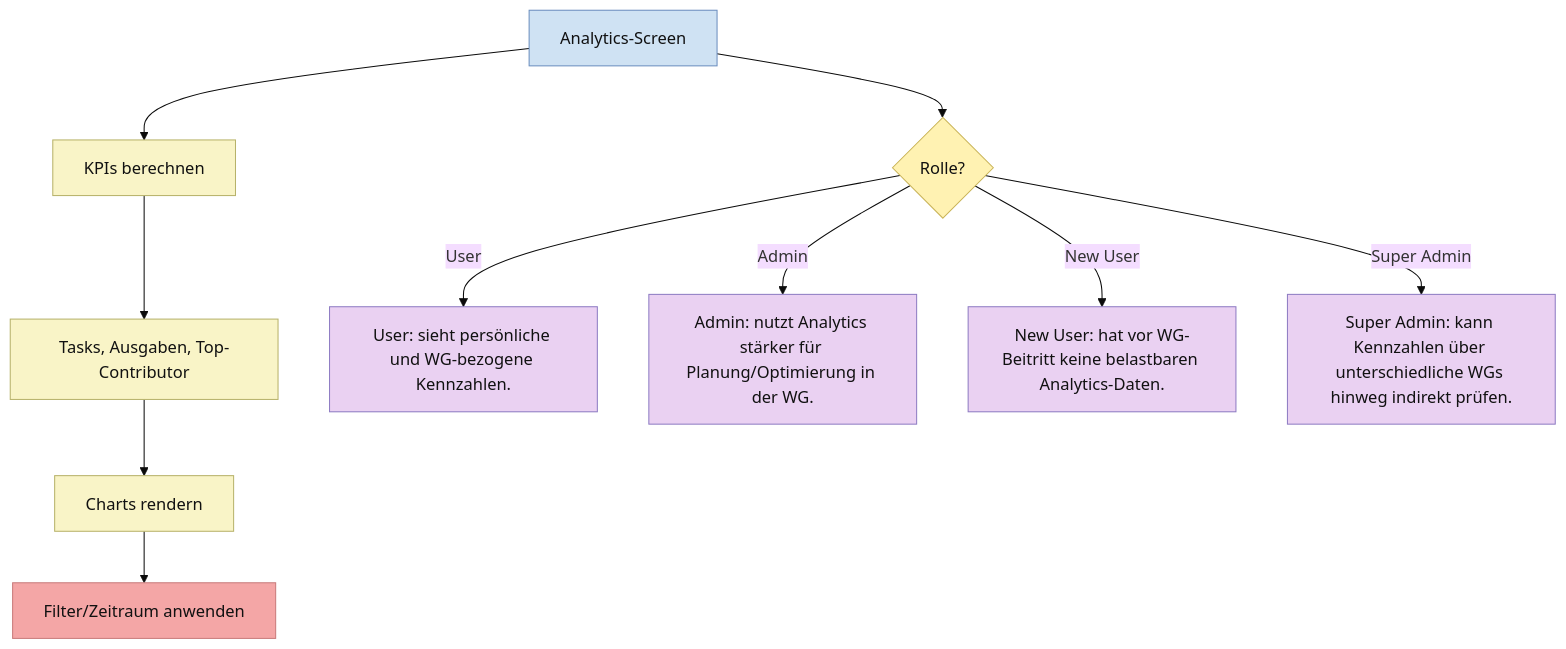
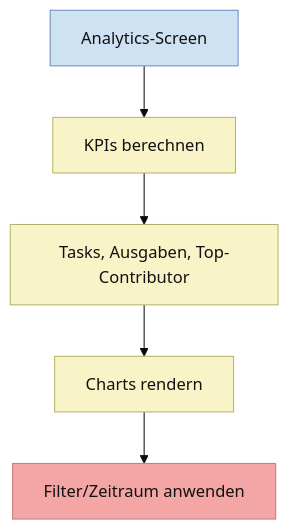
One commit to Nejy190501/WGManager changed diagram 15 of 27 in ABLAUFDIAGRAMM.md. Above: the diagram before and after it, drawn with Mermaid (base theme). The commit also changed other lines of this file, not shown here.

````diff
--- a/ABLAUFDIAGRAMM.md
+++ b/ABLAUFDIAGRAMM.md
@@ -770,32 +601,19 @@
 ```mermaid
 flowchart TD
     A["Analytics-Screen"] --> B["KPIs berechnen"]
     B --> C["Tasks, Ausgaben, Top-Contributor"]
     C --> D["Charts rendern"]
     D --> E["Filter/Zeitraum anwenden"]
-
-
-    A --> RLQ{"Rolle?"}
-    RLU["User: sieht persönliche und WG-bezogene Kennzahlen."]
-    RLA["Admin: nutzt Analytics stärker für Planung/Optimierung in der WG."]
-    RLN["New User: hat vor WG-Beitritt keine belastbaren Analytics-Daten."]
-    RLS["Super Admin: kann Kennzahlen über unterschiedliche WGs hinweg indirekt prüfen."]
-    RLQ -->|User| RLU
-    RLQ -->|Admin| RLA
-    RLQ -->|New User| RLN
-    RLQ -->|Super Admin| RLS
 
     classDef userAction fill:#ead1f2,stroke:#8e7cc3,color:#111;
     classDef systemAction fill:#f9f4c7,stroke:#b7b26a,color:#111;
     classDef userDecision fill:#f4cccc,stroke:#cc7a7a,color:#111;
     classDef systemDecision fill:#fff2b2,stroke:#c9b458,color:#111;
     classDef button fill:#f4a6a6,stroke:#c97b7b,color:#111;
     classDef userInput fill:#f8d7da,stroke:#d49aa2,color:#111;
     classDef screen fill:#cfe2f3,stroke:#6c8ebf,color:#111;
 
     class B,C,D systemAction;
     class E button;
     class A screen;
-    class RLQ systemDecision;
-    class RLU,RLA,RLN,RLS userAction;
 ```
````
